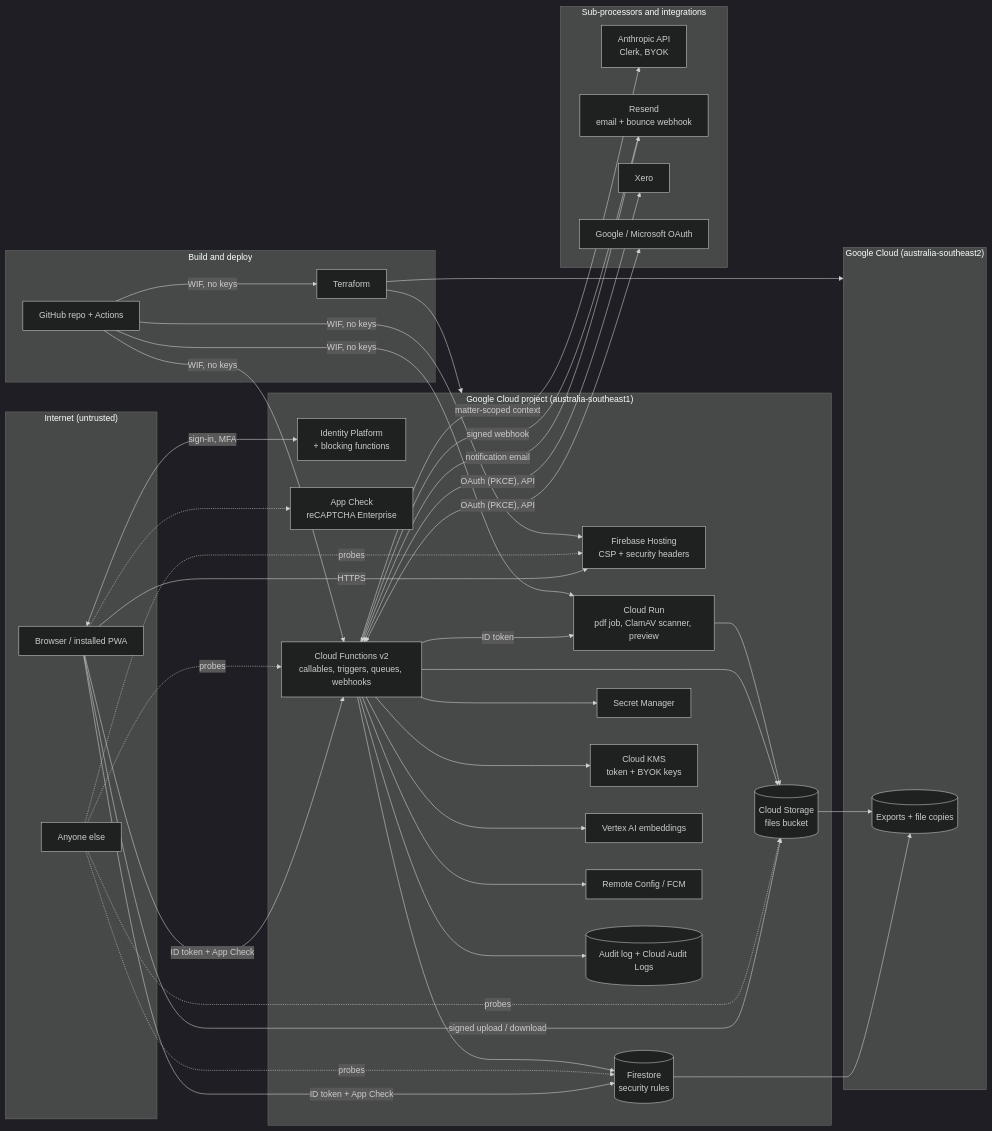
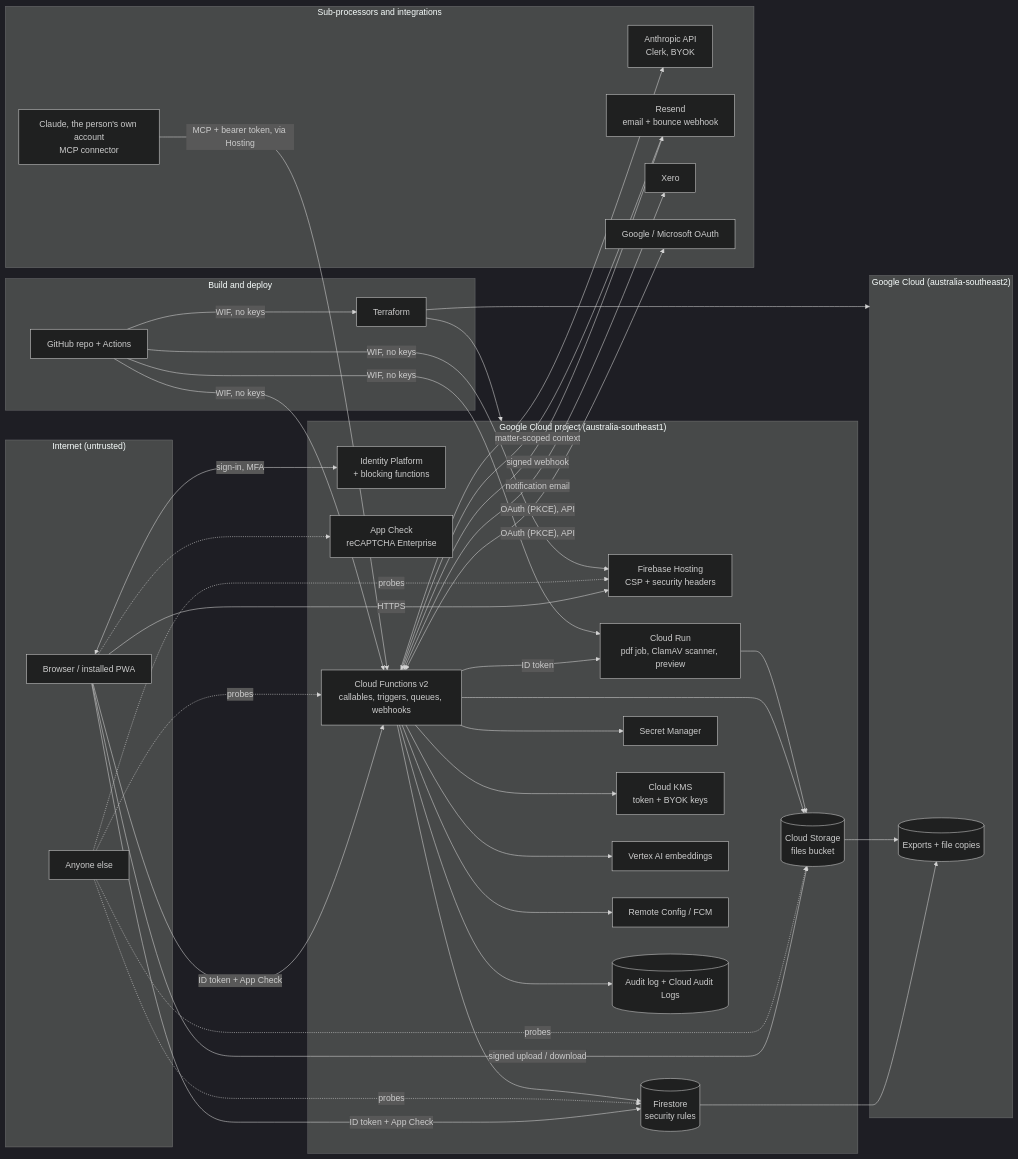
The diagram in docs/security/threat-model.md (BlakePixHil/materia-v2), drawn with Mermaid (dark theme) before and after one commit. The commit also changed other lines of this file and 74 other files, not shown here.

First line of the commit message:
[INT-07] Claude connector: connect your own Claude to Materia over MCP, behind a flag (#308)

````diff
--- a/docs/security/threat-model.md
+++ b/docs/security/threat-model.md
@@ -16,56 +16,58 @@
 ```mermaid
 flowchart LR
   subgraph Internet["Internet (untrusted)"]
     U[Browser / installed PWA]
     ATT[Anyone else]
   end
 
   subgraph Google["Google Cloud project (australia-southeast1)"]
     H[Firebase Hosting<br/>CSP + security headers]
     IDP[Identity Platform<br/>+ blocking functions]
     AC[App Check<br/>reCAPTCHA Enterprise]
     FS[(Firestore<br/>security rules)]
     ST[(Cloud Storage<br/>files bucket)]
     FN[Cloud Functions v2<br/>callables, triggers, queues, webhooks]
     CR[Cloud Run<br/>pdf job, ClamAV scanner, preview]
     SM[Secret Manager]
     KMS[Cloud KMS<br/>token + BYOK keys]
     VX[Vertex AI embeddings]
     RC[Remote Config / FCM]
     AL[(Audit log + Cloud Audit Logs)]
   end
 
   subgraph Backup["Google Cloud (australia-southeast2)"]
     BK[(Exports + file copies)]
   end
 
   subgraph Third["Sub-processors and integrations"]
     AN[Anthropic API<br/>Clerk, BYOK]
     RS[Resend<br/>email + bounce webhook]
     XE[Xero]
     GO[Google / Microsoft OAuth]
+    CL[Claude, the person's own account<br/>MCP connector]
   end
 
   subgraph Build["Build and deploy"]
     GH[GitHub repo + Actions]
     TF[Terraform]
   end
 
   U -- HTTPS --> H
   U -- ID token + App Check --> FS
   U -- ID token + App Check --> FN
   U -- signed upload / download --> ST
   U <-- sign-in, MFA --> IDP
   U -.-> AC
   ATT -. probes .-> H & FN & FS & ST
   FN --> FS & ST & SM & KMS & VX & RC & AL
   FN -- ID token --> CR
   CR --> ST
   FN -- matter-scoped context --> AN
   FN -- notification email --> RS
   RS -- signed webhook --> FN
   FN <-- OAuth (PKCE), API --> XE & GO
+  CL -- MCP + bearer token, via Hosting --> FN
   FS & ST --> BK
   GH -- WIF, no keys --> FN & H & CR & TF
   TF --> Google & Backup
 ```
````
